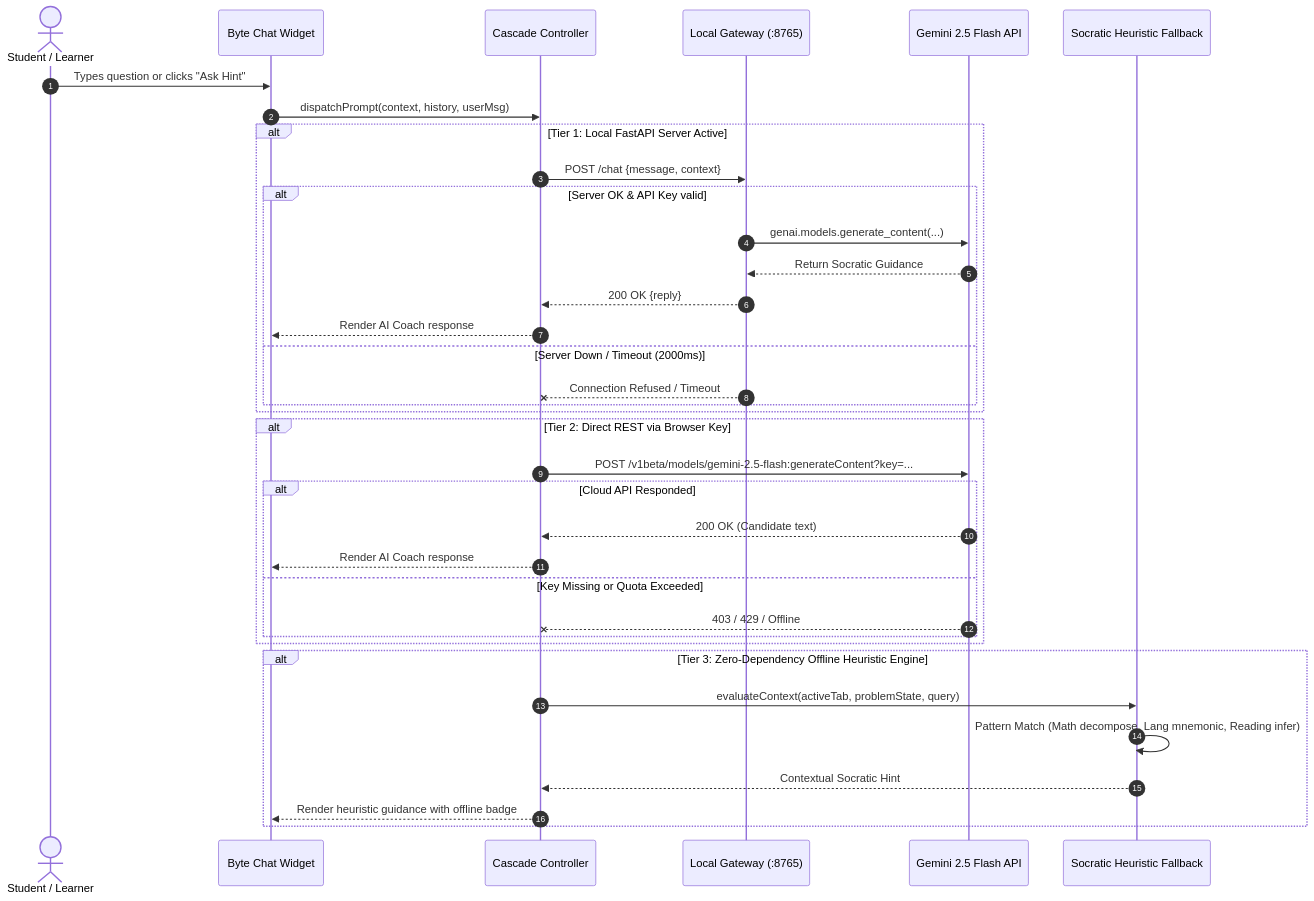
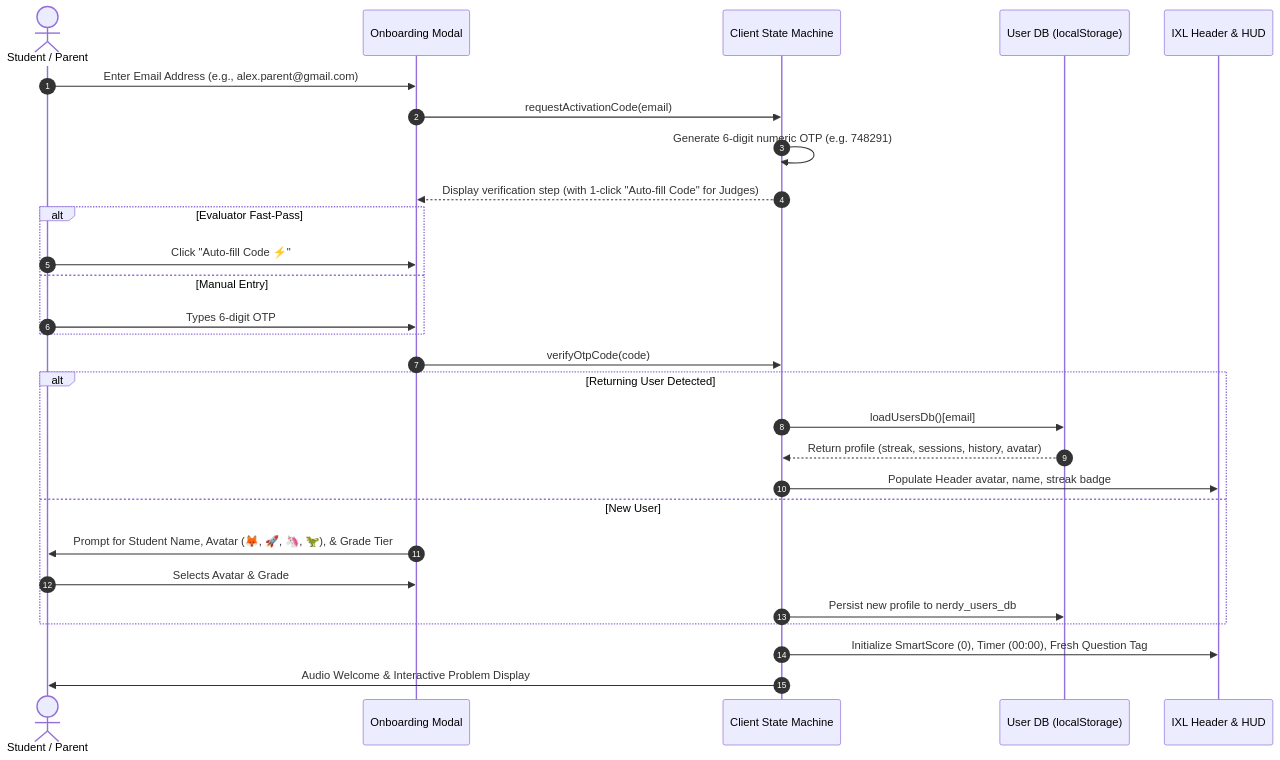
The second of 8 diagrams in ARCHITECTURE.md (SKannaian/nerdy-arithmetic-ai), drawn with Mermaid before and after one commit. The commit also changed other lines of this file, not shown here.

Commit message:
docs(arch): update ARCHITECTURE.md with comprehensive flow diagrams and system topology

````diff
--- a/ARCHITECTURE.md
+++ b/ARCHITECTURE.md
@@ -87,42 +95,35 @@
 ```mermaid
 sequenceDiagram
     autonumber
-    actor Student as Student / Learner
-    participant UI as Byte Chat Widget
-    participant Cascade as Cascade Controller
-    participant LocalProxy as Local Gateway (:8765)
-    participant CloudGemini as Gemini 2.5 Flash API
-    participant Heuristic as Socratic Heuristic Fallback
+    actor Learner as Student / Parent
+    participant UI as Onboarding Modal
+    participant Engine as Client State Machine
+    participant DB as User DB (localStorage)
+    participant HUD as IXL Header & HUD
 
-    Student->>UI: Types question or clicks "Ask Hint"
-    UI->>Cascade: dispatchPrompt(context, history, userMsg)
+    Learner->>UI: Enter Email Address (e.g., alex.parent@gmail.com)
+    UI->>Engine: requestActivationCode(email)
+    Engine->>Engine: Generate 6-digit numeric OTP (e.g. 748291)
+    Engine-->>UI: Display verification step (with 1-click "Auto-fill Code" for Judges)
     
-    alt Tier 1: Local FastAPI Server Active
-        Cascade->>LocalProxy: POST /chat {message, context}
-        alt Server OK & API Key valid
-            LocalProxy->>CloudGemini: genai.models.generate_content(...)
-            CloudGemini-->>LocalProxy: Return Socratic Guidance
-            LocalProxy-->>Cascade: 200 OK {reply}
-            Cascade-->>UI: Render AI Coach response
-        else Server Down / Timeout (2000ms)
-            LocalProxy--xCascade: Connection Refused / Timeout
-        end
+    alt Evaluator Fast-Pass
+        Learner->>UI: Click "Auto-fill Code ⚡"
+    else Manual Entry
+        Learner->>UI: Types 6-digit OTP
     end
 
-    alt Tier 2: Direct REST via Browser Key
-        Cascade->>CloudGemini: POST /v1beta/models/gemini-2.5-flash:generateContent?key=...
-        alt Cloud API Responded
-            CloudGemini-->>Cascade: 200 OK (Candidate text)
-            Cascade-->>UI: Render AI Coach response
-        else Key Missing or Quota Exceeded
-            CloudGemini--xCascade: 403 / 429 / Offline
-        end
+    UI->>Engine: verifyOtpCode(code)
+    
+    alt Returning User Detected
+        Engine->>DB: loadUsersDb()[email]
+        DB-->>Engine: Return profile (streak, sessions, history, avatar)
+        Engine->>HUD: Populate Header avatar, name, streak badge
+    else New User
+        UI->>Learner: Prompt for Student Name, Avatar (🦊, 🚀, 🦄, 🦖), & Grade Tier
+        Learner->>UI: Selects Avatar & Grade
+        Engine->>DB: Persist new profile to nerdy_users_db
     end
 
-    alt Tier 3: Zero-Dependency Offline Heuristic Engine
-        Cascade->>Heuristic: evaluateContext(activeTab, problemState, query)
-        Heuristic->>Heuristic: Pattern Match (Math decompose, Lang mnemonic, Reading infer)
-        Heuristic-->>Cascade: Contextual Socratic Hint
-        Cascade-->>UI: Render heuristic guidance with offline badge
-    end
+    Engine->>HUD: Initialize SmartScore (0), Timer (00:00), Fresh Question Tag
+    Engine->>Learner: Audio Welcome & Interactive Problem Display
 ```
````
